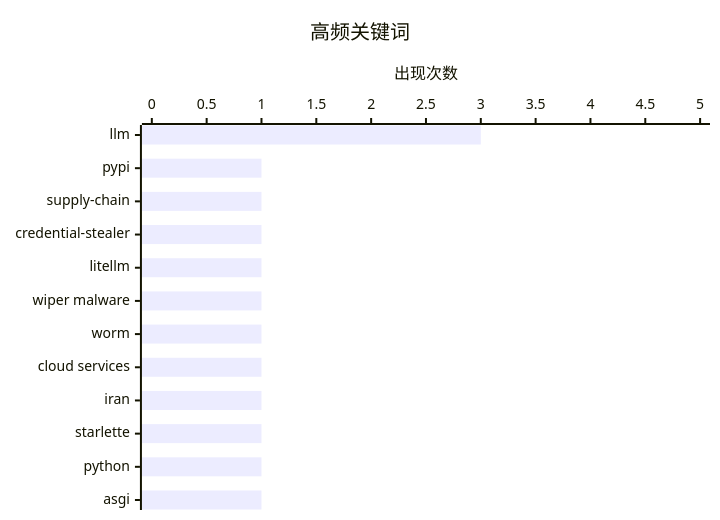
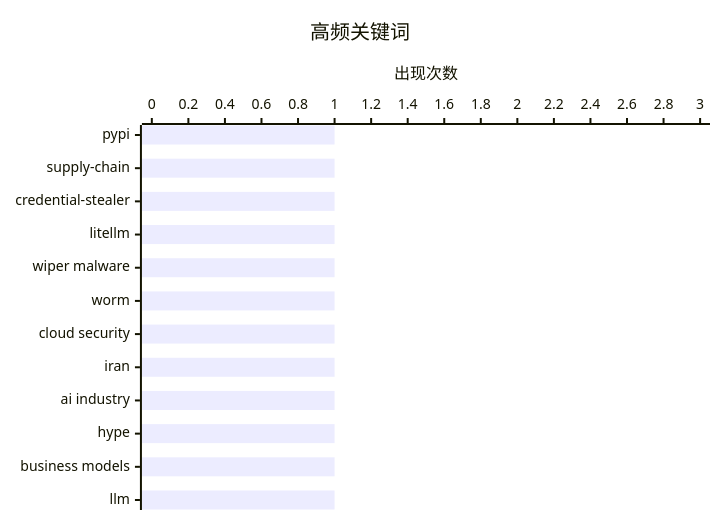
Before and after one commit to originem0/SZBlog: the second of 2 diagrams in content/ai-daily/2026-03-23.md, drawn with Mermaid. The commit also changed other lines of this file, not shown here.

````diff
--- a/content/ai-daily/2026-03-23.md
+++ b/content/ai-daily/2026-03-23.md
@@ -66,7 +68,7 @@
 ```mermaid
 xychart-beta horizontal
     title "高频关键词"
-    x-axis ["llm", "pypi", "supply-chain", "credential-stealer", "litellm", "wiper malware", "worm", "cloud services", "iran", "starlette", "python", "asgi"]
-    y-axis "出现次数" 0 --> 5
-    bar [3, 1, 1, 1, 1, 1, 1, 1, 1, 1, 1, 1]
+    x-axis ["pypi", "supply-chain", "credential-stealer", "litellm", "wiper malware", "worm", "cloud security", "iran", "ai industry", "hype", "business models", "llm"]
+    y-axis "出现次数" 0 --> 3
+    bar [1, 1, 1, 1, 1, 1, 1, 1, 1, 1, 1, 1]
 ```
````
